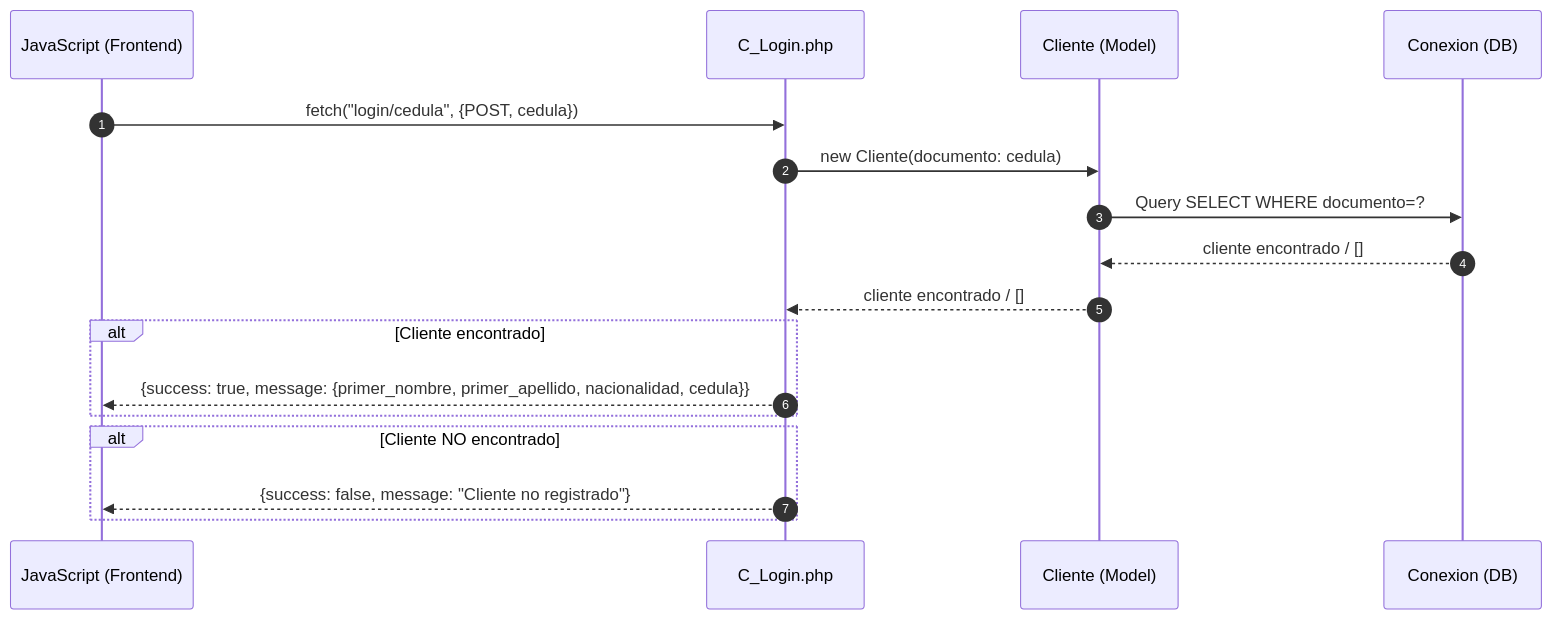
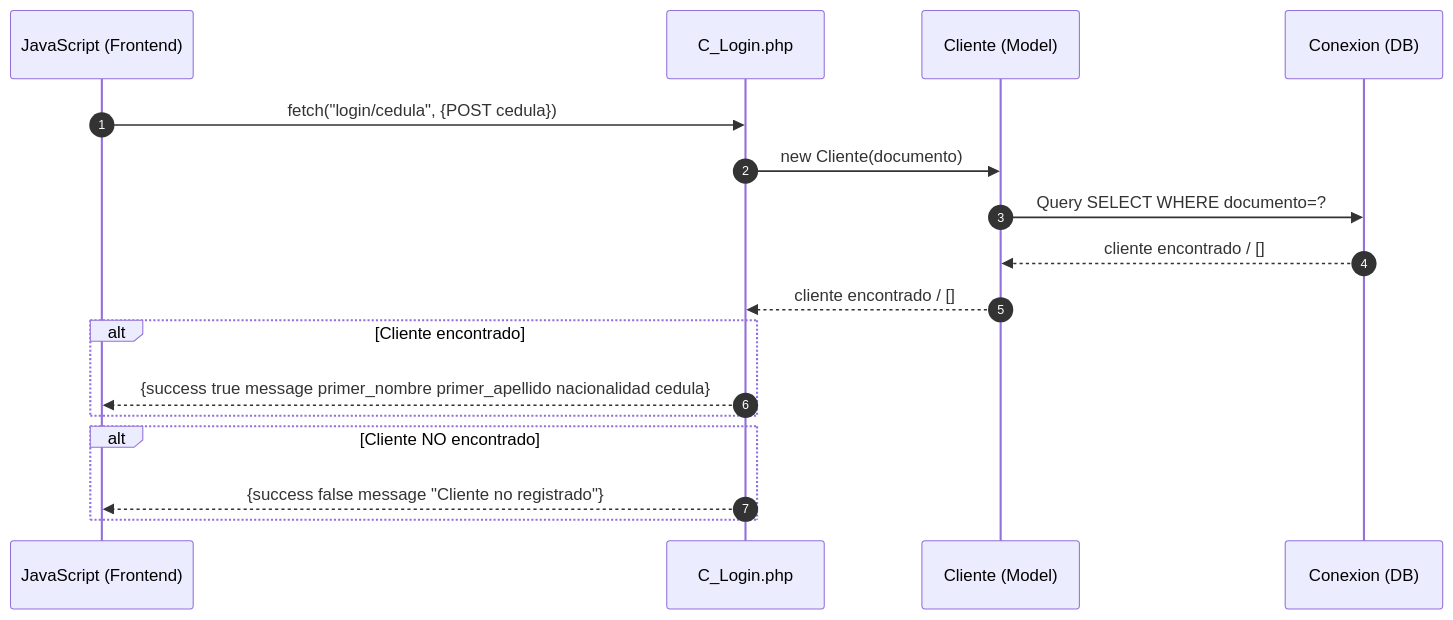
One commit to Tecrato/BurgerHouse changed the third of 5 diagrams in docs/secuencia/clientes/clientes.md. Above: the diagram before and after it, drawn with Mermaid. The commit also changed other lines of this file and 13 other files, not shown here.

Commit message:
diagramas de secuencia

````diff
--- a/docs/secuencia/clientes/clientes.md
+++ b/docs/secuencia/clientes/clientes.md
@@ -57,23 +57,23 @@
 ```mermaid
 sequenceDiagram
     autonumber
     participant JS as JavaScript (Frontend)
     participant C_Login as C_Login.php
     participant Cliente as Cliente (Model)
     participant DB as Conexion (DB)
     
-    JS->>C_Login: fetch("login/cedula", {POST, cedula})
+    JS->>C_Login: fetch("login/cedula", {POST cedula})
     
-    C_Login->>Cliente: new Cliente(documento: cedula)
+    C_Login->>Cliente: new Cliente(documento)
     Cliente->>DB: Query SELECT WHERE documento=?
     DB-->>Cliente: cliente encontrado / []
     Cliente-->>C_Login: cliente encontrado / []
     
     alt Cliente encontrado
-        C_Login-->>JS: {success: true, message: {primer_nombre, primer_apellido, nacionalidad, cedula}}
+        C_Login-->>JS: {success true message primer_nombre primer_apellido nacionalidad cedula}
     end
     
     alt Cliente NO encontrado
-        C_Login-->>JS: {success: false, message: "Cliente no registrado"}
+        C_Login-->>JS: {success false message "Cliente no registrado"}
     end
 ```
````
